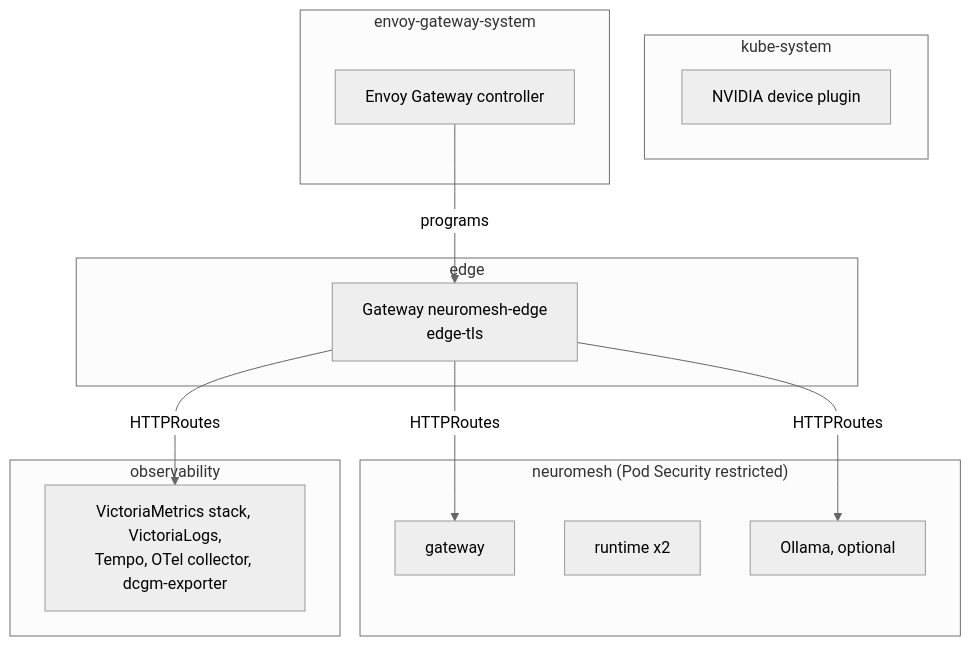
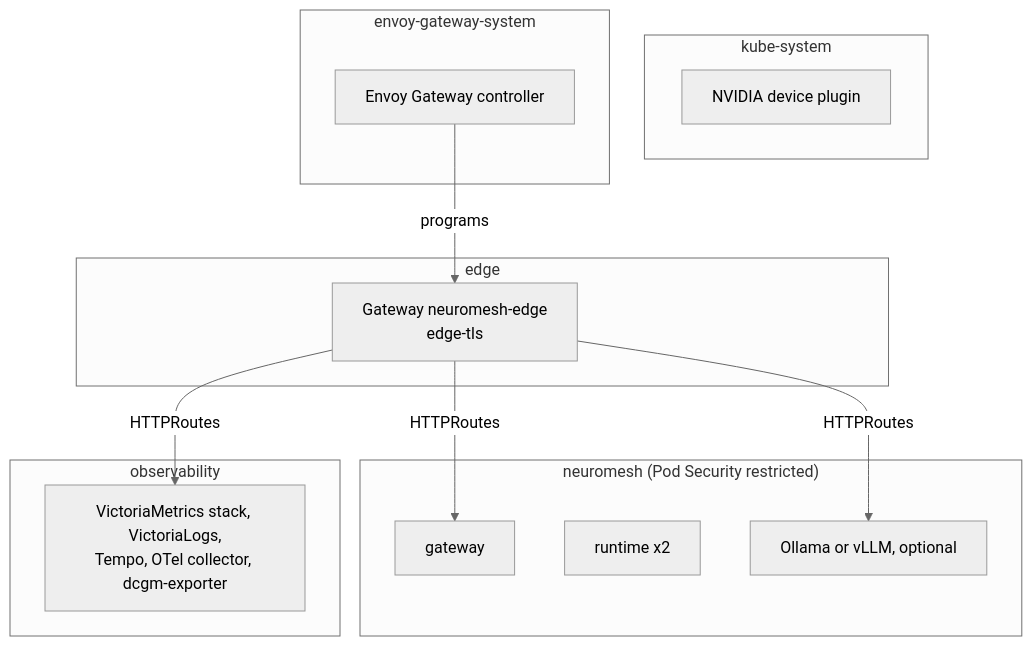
The third of 3 diagrams in docs/architecture/substrate.md (kokou-egbewatt/NeuroMesh), drawn with Mermaid (neutral theme) before and after one commit. The commit also changed other lines of this file and 6 other files, not shown here.

````diff
--- a/docs/architecture/substrate.md
+++ b/docs/architecture/substrate.md
@@ -56,23 +56,23 @@
 ```mermaid
 flowchart TB
     subgraph ks["kube-system"]
         dp["NVIDIA device plugin"]
     end
     subgraph egs["envoy-gateway-system"]
         eg["Envoy Gateway controller"]
     end
     subgraph edge["edge"]
         gwy["Gateway neuromesh-edge<br/>edge-tls"]
     end
     subgraph nm["neuromesh (Pod Security restricted)"]
         gw["gateway"]
         rt["runtime x2"]
-        ol["Ollama, optional"]
+        ol["Ollama or vLLM, optional"]
     end
     subgraph obs["observability"]
         stack["VictoriaMetrics stack, VictoriaLogs,<br/>Tempo, OTel collector, dcgm-exporter"]
     end
 
     eg -->|"programs"| gwy
     gwy -->|"HTTPRoutes"| gw & ol & stack
 ```
````
